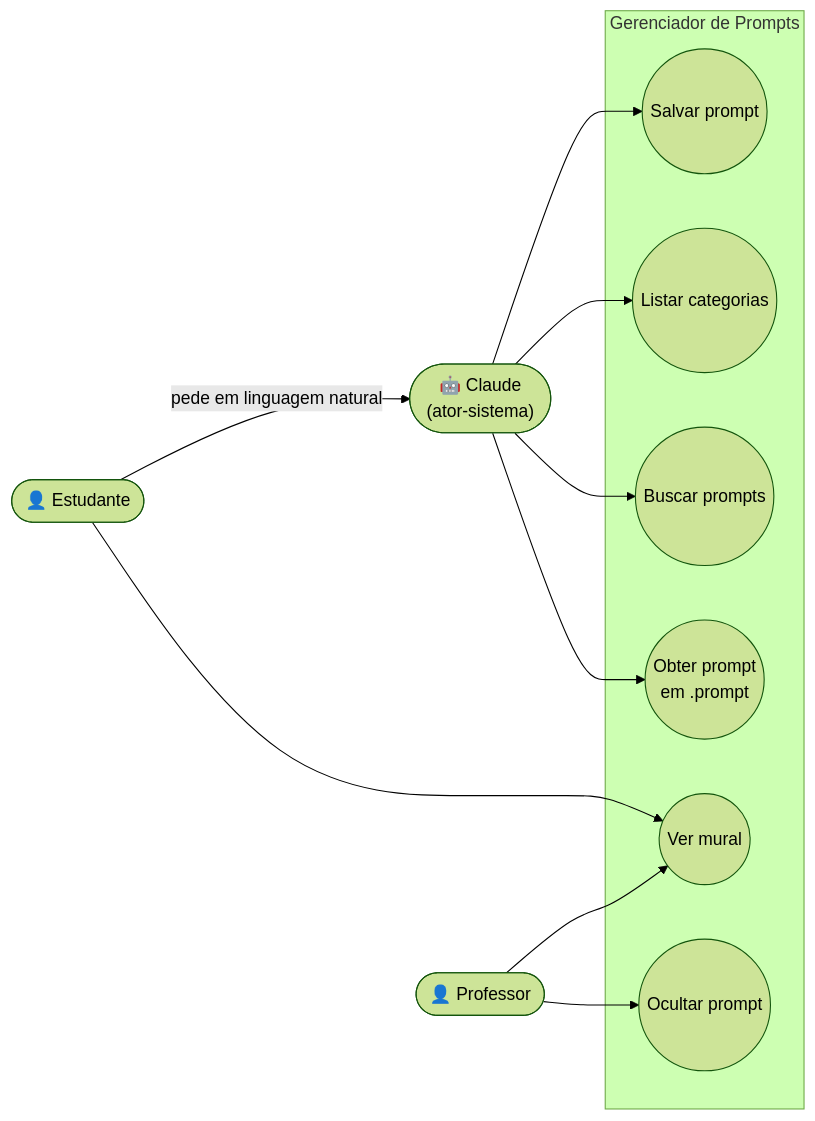
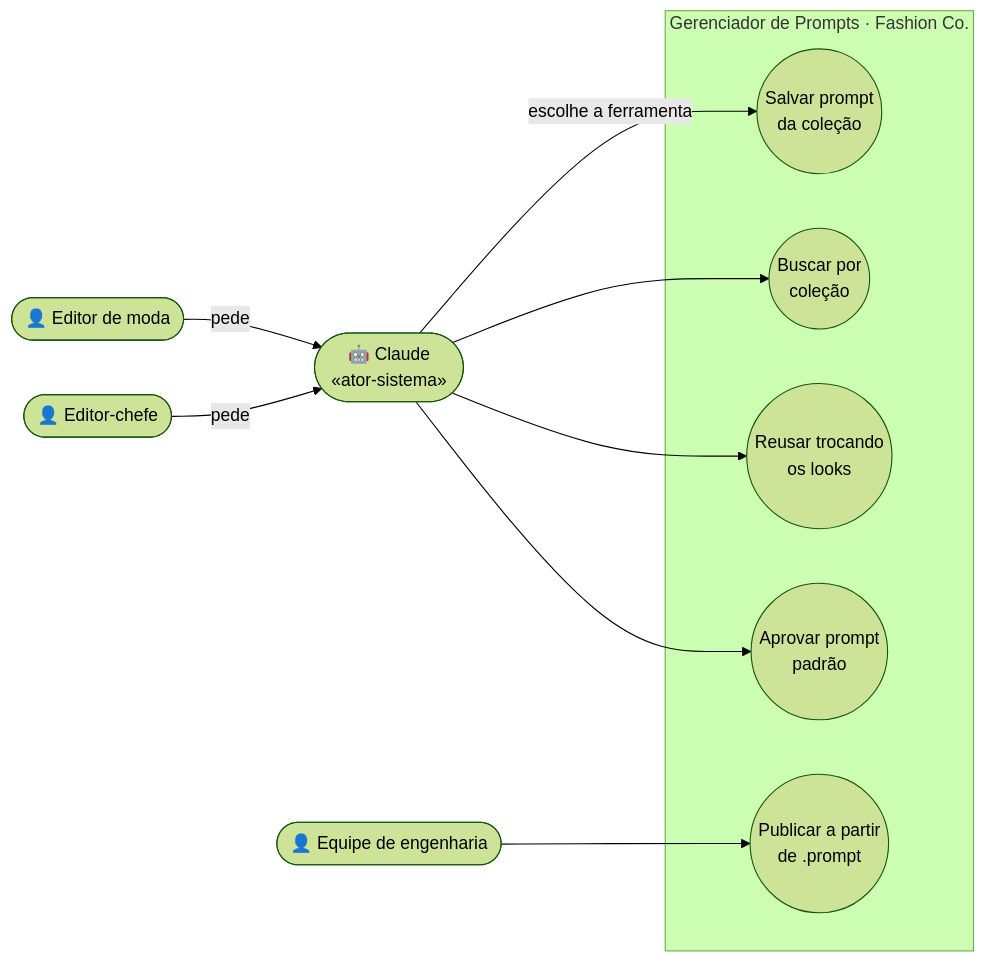
One commit to Silverbullet-live/gerenciador-prompts changed the diagram in docs/02-casos-de-uso.md. Above: the diagram before and after it, drawn with Mermaid (forest theme). The commit also changed other lines of this file and 18 other files, not shown here.

````diff
--- a/docs/02-casos-de-uso.md
+++ b/docs/02-casos-de-uso.md
@@ -5,24 +5,23 @@
 ```mermaid
 flowchart LR
-    Estudante(["👤 Estudante"])
-    Claude(["🤖 Claude<br/>(ator-sistema)"])
-    Professor(["👤 Professor"])
+    Editor(["👤 Editor de moda"])
+    Chefe(["👤 Editor-chefe"])
+    Eng(["👤 Equipe de engenharia"])
+    Claude(["🤖 Claude<br/>«ator-sistema»"])
 
-    subgraph Sistema["Gerenciador de Prompts"]
-        UC1(("Salvar prompt"))
-        UC2(("Listar categorias"))
-        UC3(("Buscar prompts"))
-        UC4(("Obter prompt<br/>em .prompt"))
-        UC5(("Ver mural"))
-        UC6(("Ocultar prompt"))
+    subgraph Sistema["Gerenciador de Prompts · Fashion Co."]
+        UC1(("Salvar prompt<br/>da coleção"))
+        UC2(("Buscar por<br/>coleção"))
+        UC3(("Reusar trocando<br/>os looks"))
+        UC4(("Aprovar prompt<br/>padrão"))
+        UC5(("Publicar a partir<br/>de .prompt"))
     end
 
-    Estudante -- pede em linguagem natural --> Claude
-    Claude --> UC1
+    Editor -- pede --> Claude
+    Chefe -- pede --> Claude
+    Claude -- escolhe a ferramenta --> UC1
     Claude --> UC2
     Claude --> UC3
     Claude --> UC4
-    Estudante --> UC5
-    Professor --> UC5
-    Professor --> UC6
+    Eng --> UC5
 ```
````
